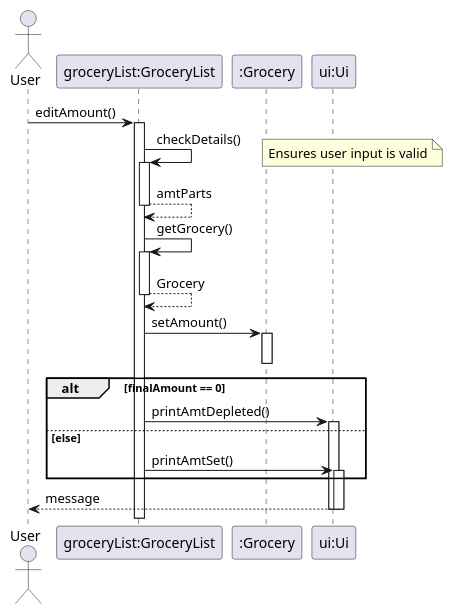
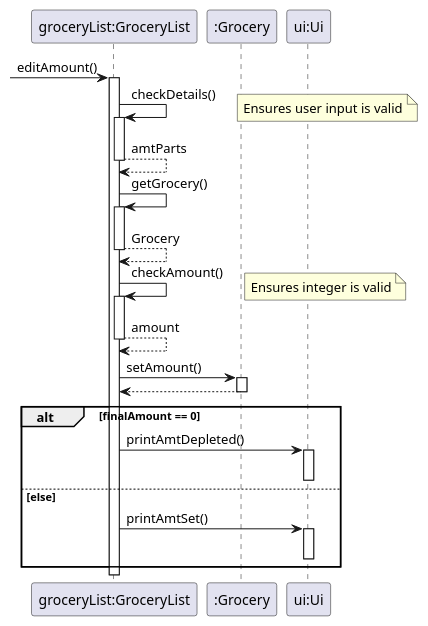
Before and after one commit to LuoYu-uwu/tp: the diagram in docs/diagrams/useAmt.puml, drawn with PlantUML. The commit also changed 19 other files, not shown here.

```diff
--- a/docs/diagrams/useAmt.puml
+++ b/docs/diagrams/useAmt.puml
@@ -1,40 +1,42 @@
 @startuml
 
-actor User as user
 participant "groceryList:GroceryList" as gl
 participant ":Grocery" as g
 participant "ui:Ui" as ui
 
-user -> gl : editAmount()
+ -> gl : editAmount()
 activate gl
 
 gl -> gl : checkDetails()
 note right
 Ensures user input is valid
 end note
 activate gl
 return amtParts
 
 gl -> gl : getGrocery()
 activate gl
 return Grocery
 
+gl -> gl : checkAmount()
+note right
+Ensures integer is valid
+end note
+activate gl
+return amount
+
 gl -> g : setAmount()
 activate g
-deactivate g
+return
 
 alt finalAmount == 0
     gl -> ui : printAmtDepleted()
     activate ui
+    deactivate ui
 else else
     gl -> ui : printAmtSet()
     activate ui
+    deactivate ui
 end
 
-ui --> user : message
-deactivate ui
-deactivate ui
-
-
-
 @enduml
```
